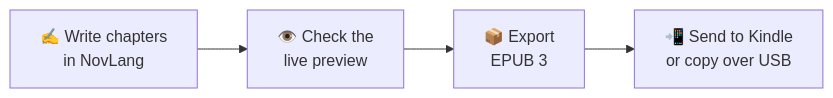
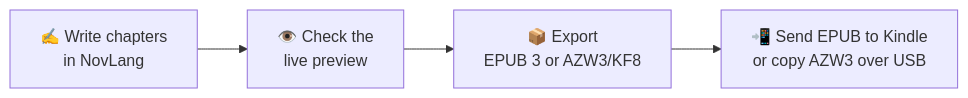
The diagram in README.md (ImmortalAI/Easy-Digital-Book), drawn with Mermaid before and after one commit. The commit also changed other lines of this file and 15 other files, not shown here.

````diff
--- a/README.md
+++ b/README.md
@@ -124,6 +124,6 @@
 ```mermaid
 flowchart LR
     A["✍️ Write chapters<br/>in NovLang"] --> B["👁️ Check the<br/>live preview"]
-    B --> C["📦 Export<br/>EPUB 3"]
-    C --> D["📲 Send to Kindle<br/>or copy over USB"]
+    B --> C["📦 Export<br/>EPUB 3 or AZW3/KF8"]
+    C --> D["📲 Send EPUB to Kindle<br/>or copy AZW3 over USB"]
 ```
````
